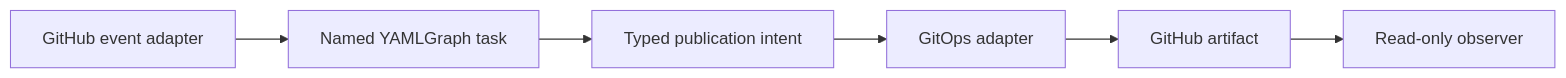
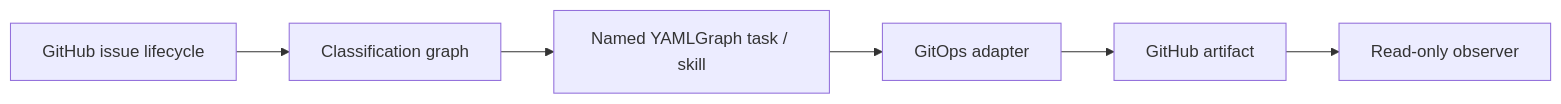
Before and after one commit to sheikkinen/yamlgraph: the second of 2 diagrams in docs/analysis-gitclaw-architecture-shape-loss-2026-08-21.md, drawn with Mermaid. The commit also changed other lines of this file and 1 other file, not shown here.

Commit message:
docs(architecture): decide GitClaw ownership boundaries

````diff
--- a/docs/analysis-gitclaw-architecture-shape-loss-2026-08-21.md
+++ b/docs/analysis-gitclaw-architecture-shape-loss-2026-08-21.md
@@ -228,8 +346,8 @@
 ```mermaid
 flowchart LR
-    E[GitHub event adapter] --> T[Named YAMLGraph task]
-    T --> I[Typed publication intent]
-    I --> G[GitOps adapter]
+      I[GitHub issue lifecycle] --> C[Classification graph]
+      C --> T[Named YAMLGraph task / skill]
+      T --> G[GitOps adapter]
     G --> A[GitHub artifact]
     A --> O[Read-only observer]
 ```
````
